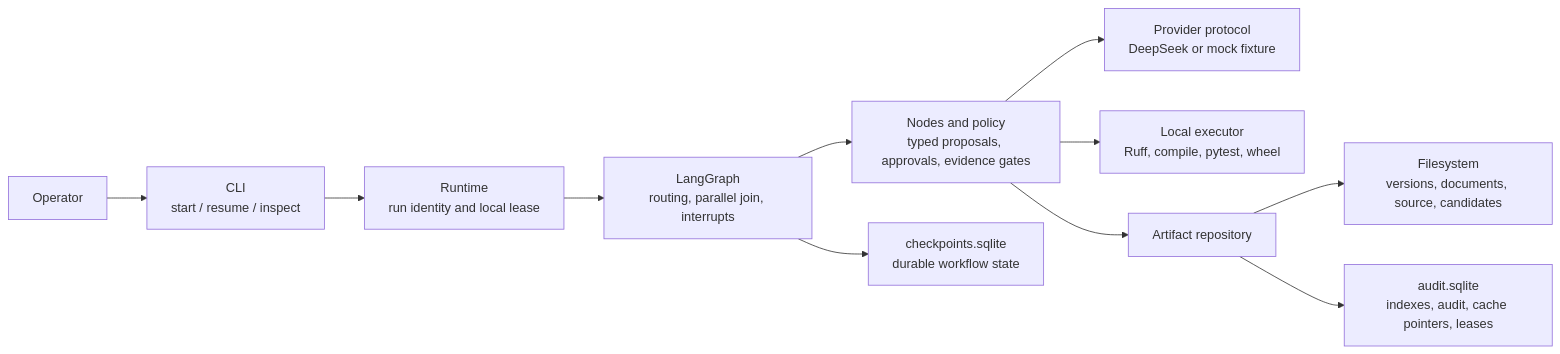
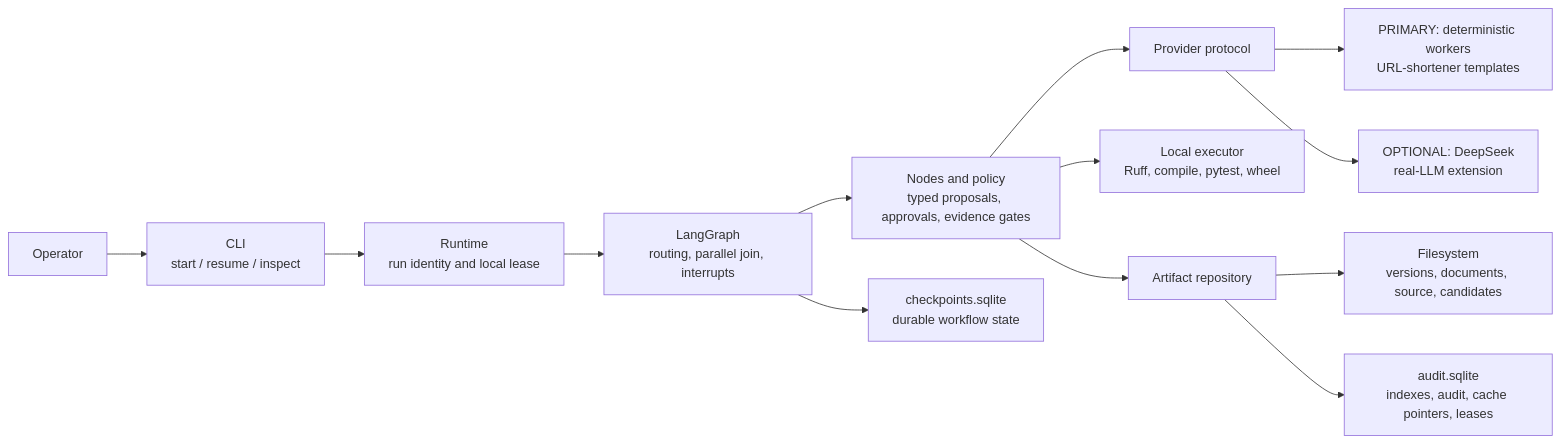
The first of 2 diagrams in docs/architecture.md (kavish-agarwal-tech/ssdlc-agentic-flow), drawn with Mermaid before and after one commit. The commit also changed other lines of this file and 25 other files, not shown here.

Commit message:
Make offline URL-shortener scenarios the primary assignment path

````diff
--- a/docs/architecture.md
+++ b/docs/architecture.md
@@ -5,13 +5,15 @@
 ```mermaid
 flowchart LR
   Operator["Operator"] --> CLI["CLI<br/>start / resume / inspect"]
   CLI --> Runtime["Runtime<br/>run identity and local lease"]
   Runtime --> Graph["LangGraph<br/>routing, parallel join, interrupts"]
   Graph --> Nodes["Nodes and policy<br/>typed proposals, approvals, evidence gates"]
-  Nodes --> Provider["Provider protocol<br/>DeepSeek or mock fixture"]
+  Nodes --> Provider["Provider protocol"]
+  Provider --> Mock["PRIMARY: deterministic workers<br/>URL-shortener templates"]
+  Provider --> DeepSeek["OPTIONAL: DeepSeek<br/>real-LLM extension"]
   Nodes --> Executor["Local executor<br/>Ruff, compile, pytest, wheel"]
   Nodes --> Repository["Artifact repository"]
   Repository --> Files["Filesystem<br/>versions, documents, source, candidates"]
   Repository --> Audit["audit.sqlite<br/>indexes, audit, cache pointers, leases"]
   Graph --> Checkpoint["checkpoints.sqlite<br/>durable workflow state"]
 ```
````
